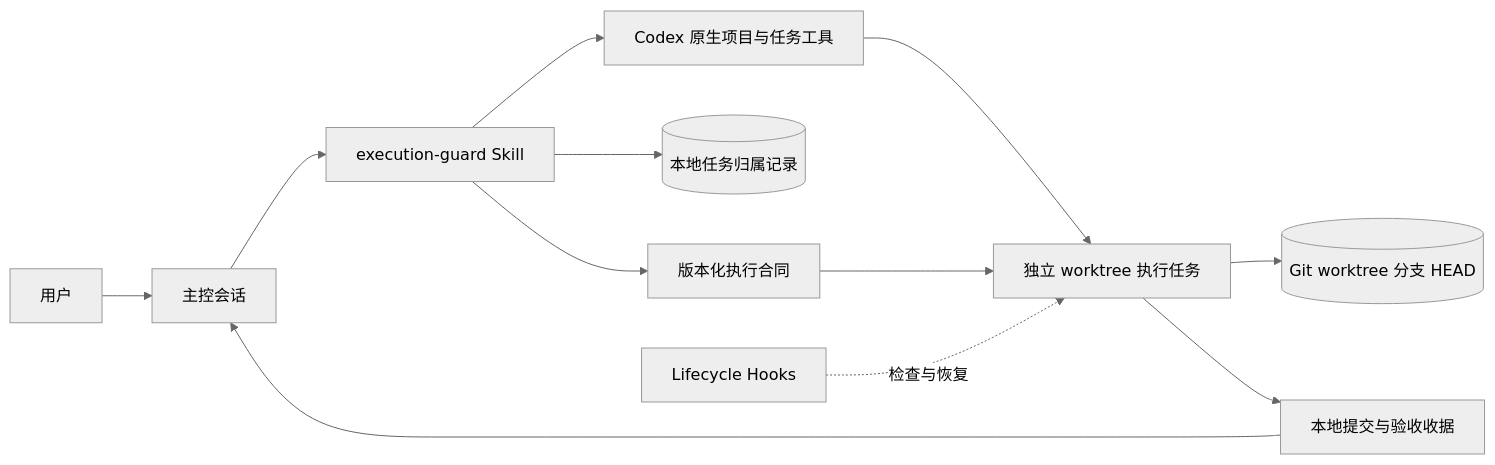
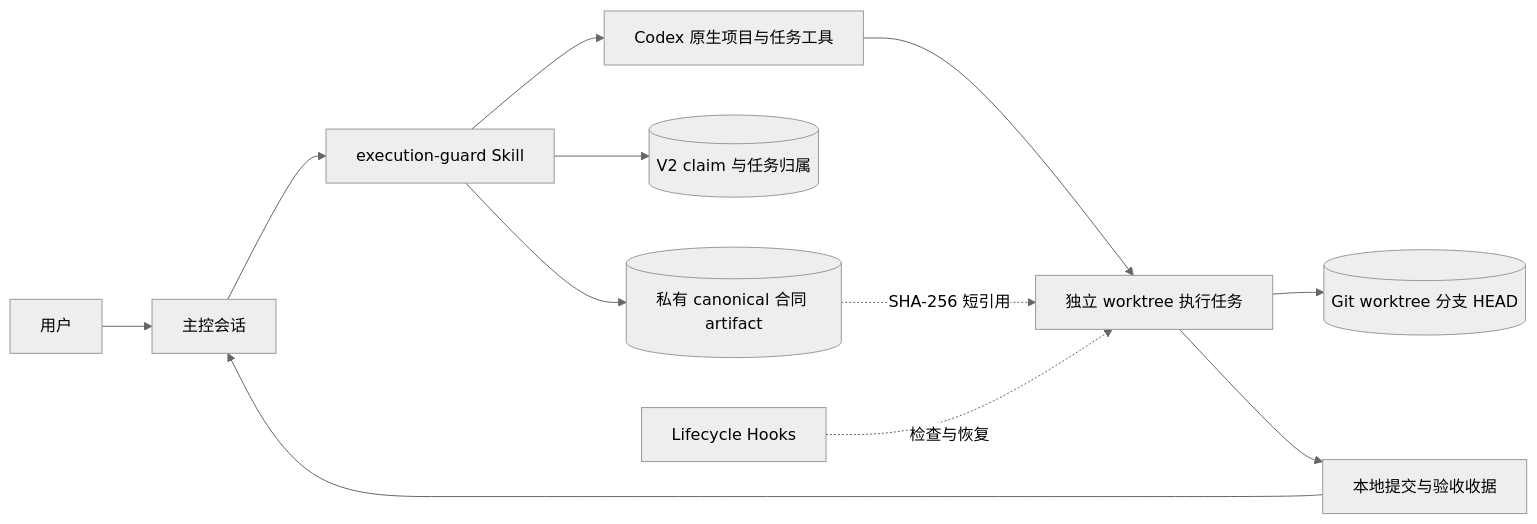
Before and after one commit to AKin-lvyifang/codex-execution-guard: the diagram in docs/ARCHITECTURE.zh-CN.md, drawn with Mermaid (neutral theme). The commit also changed other lines of this file and 17 other files, not shown here.

````diff
--- a/docs/ARCHITECTURE.zh-CN.md
+++ b/docs/ARCHITECTURE.zh-CN.md
@@ -20,14 +20,14 @@
 ```mermaid
 flowchart LR
     U[用户] --> C[主控会话]
     C --> S[execution-guard Skill]
     S --> N[Codex 原生项目与任务工具]
-    S --> R[(本地任务归属记录)]
+    S --> R[(V2 claim 与任务归属)]
     N --> T[独立 worktree 执行任务]
-    S --> X[版本化执行合同]
-    X --> T
+    S --> X[(私有 canonical 合同 artifact)]
+    X -.SHA-256 短引用.-> T
     H[Lifecycle Hooks] -.检查与恢复.-> T
     T --> G[(Git worktree 分支 HEAD)]
     T --> E[本地提交与验收收据]
     E --> C
 ```
````
